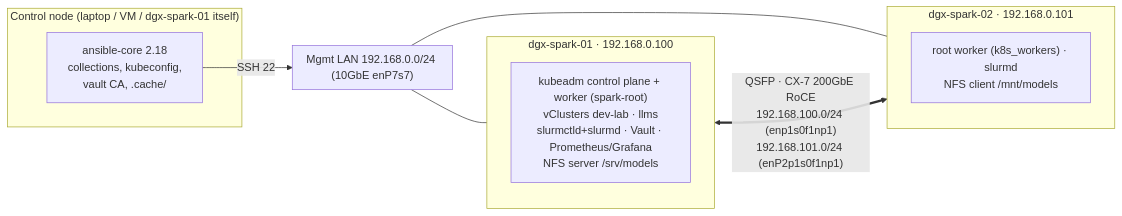
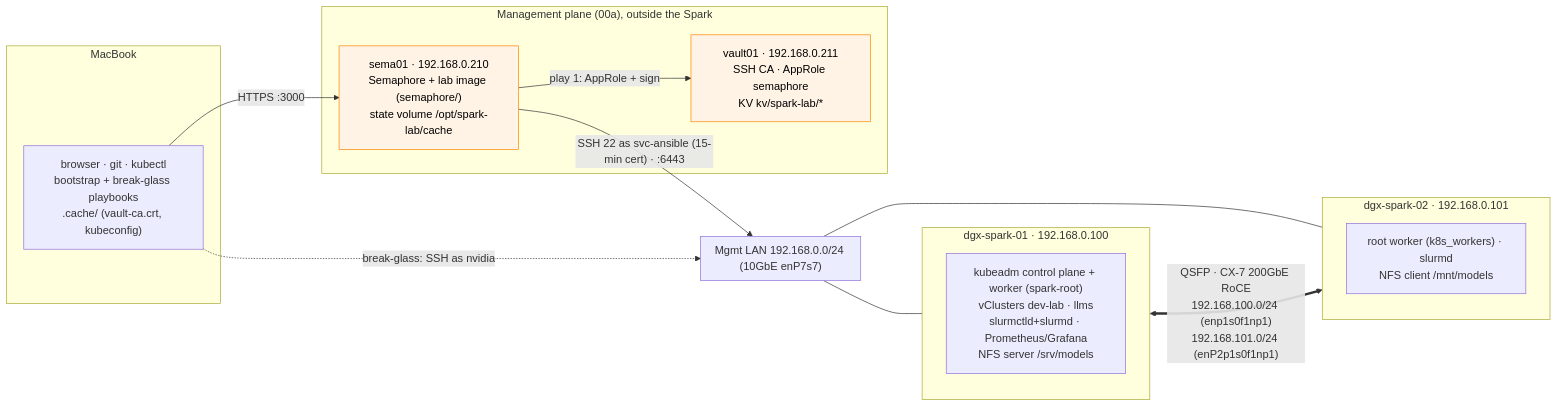
One commit to cloudone365/technical-depth changed the diagram in 01 Ansible/lab/README.md. Above: the diagram before and after it, drawn with Mermaid. The commit also changed other lines of this file and 37 other files, not shown here.

First line of the commit message:
Docs: Semaphore + vault01 management plane, dgx-spark-01 as a target

````diff
--- a/01 Ansible/lab/README.md
+++ b/01 Ansible/lab/README.md
@@ -56,18 +74,27 @@
 ```mermaid
 flowchart LR
-  subgraph CTL["Control node (laptop / VM / dgx-spark-01 itself)"]
-    A["ansible-core 2.18<br/>collections, kubeconfig,<br/>vault CA, .cache/"]
+  subgraph MAC["MacBook"]
+    A["browser · git · kubectl<br/>bootstrap + break-glass playbooks<br/>.cache/ (vault-ca.crt, kubeconfig)"]
+  end
+  subgraph MP["Management plane (00a), outside the Spark"]
+    SEMA["sema01 · 192.168.0.210<br/>Semaphore + lab image (semaphore/)<br/>state volume /opt/spark-lab/cache"]
+    VAULT["vault01 · 192.168.0.211<br/>SSH CA · AppRole semaphore<br/>KV kv/spark-lab/*"]
   end
   subgraph MGMT["Mgmt LAN 192.168.0.0/24 (10GbE enP7s7)"]
   end
   subgraph S1["dgx-spark-01 · 192.168.0.100"]
-    S1a["kubeadm control plane + worker (spark-root)<br/>vClusters dev-lab · llms<br/>slurmctld+slurmd · Vault · Prometheus/Grafana<br/>NFS server /srv/models"]
+    S1a["kubeadm control plane + worker (spark-root)<br/>vClusters dev-lab · llms<br/>slurmctld+slurmd · Prometheus/Grafana<br/>NFS server /srv/models"]
   end
   subgraph S2["dgx-spark-02 · 192.168.0.101"]
     S2a["root worker (k8s_workers) · slurmd<br/>NFS client /mnt/models"]
   end
-  A -- SSH 22 --> MGMT
+  A -- "HTTPS :3000" --> SEMA
+  SEMA -- "play 1: AppRole + sign" --> VAULT
+  SEMA -- "SSH 22 as svc-ansible (15-min cert) · :6443" --> MGMT
+  A -. "break-glass: SSH as nvidia" .-> MGMT
   MGMT --- S1
   MGMT --- S2
   S1 <== "QSFP · CX-7 200GbE RoCE<br/>192.168.100.0/24 (enp1s0f1np1)<br/>192.168.101.0/24 (enP2p1s0f1np1)" ==> S2
+  classDef mgmt fill:#fff3e6,stroke:#fb8500,color:#000
+  class SEMA,VAULT mgmt
 ```
````
